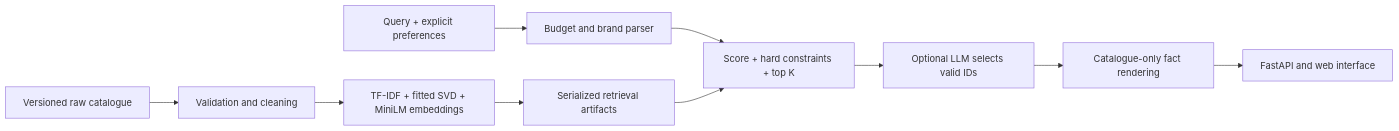
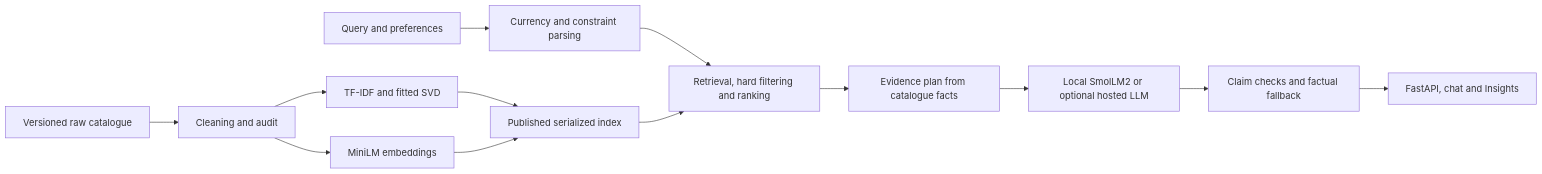
Before and after one commit to afrochic/RetailAssistant: the diagram in README.md, drawn with Mermaid. The commit also changed other lines of this file and 14 other files, not shown here.

````diff
--- a/README.md
+++ b/README.md
@@ -7,12 +7,15 @@
 ```mermaid
 flowchart LR
- A[Versioned raw catalogue] --> B[Validation and cleaning]
- B --> C[TF-IDF + fitted SVD + MiniLM embeddings]
- C --> D[Serialized retrieval artifacts]
- Q[Query + explicit preferences] --> P[Budget and brand parser]
- P --> R[Score + hard constraints + top K]
- D --> R
- R --> L[Optional LLM selects valid IDs]
- L --> G[Catalogue-only fact rendering]
- G --> F[FastAPI and web interface]
+ A[Versioned raw catalogue] --> B[Cleaning and audit]
+ B --> C[TF-IDF and fitted SVD]
+ B --> D[MiniLM embeddings]
+ C --> I[Published serialized index]
+ D --> I
+ Q[Query and preferences] --> P[Currency and constraint parsing]
+ P --> R[Retrieval, hard filtering and ranking]
+ I --> R
+ R --> F[Evidence plan from catalogue facts]
+ F --> L[Local SmolLM2 or optional hosted LLM]
+ L --> V[Claim checks and factual fallback]
+ V --> API[FastAPI, chat and Insights]
 ```
````
